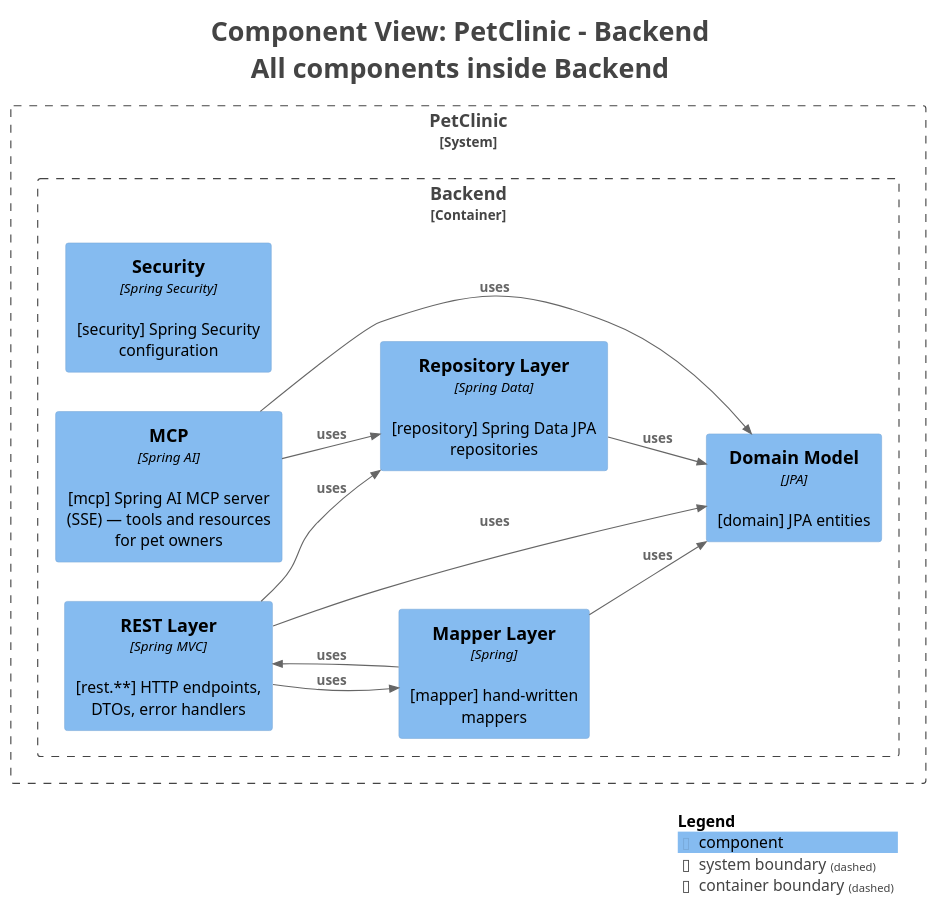
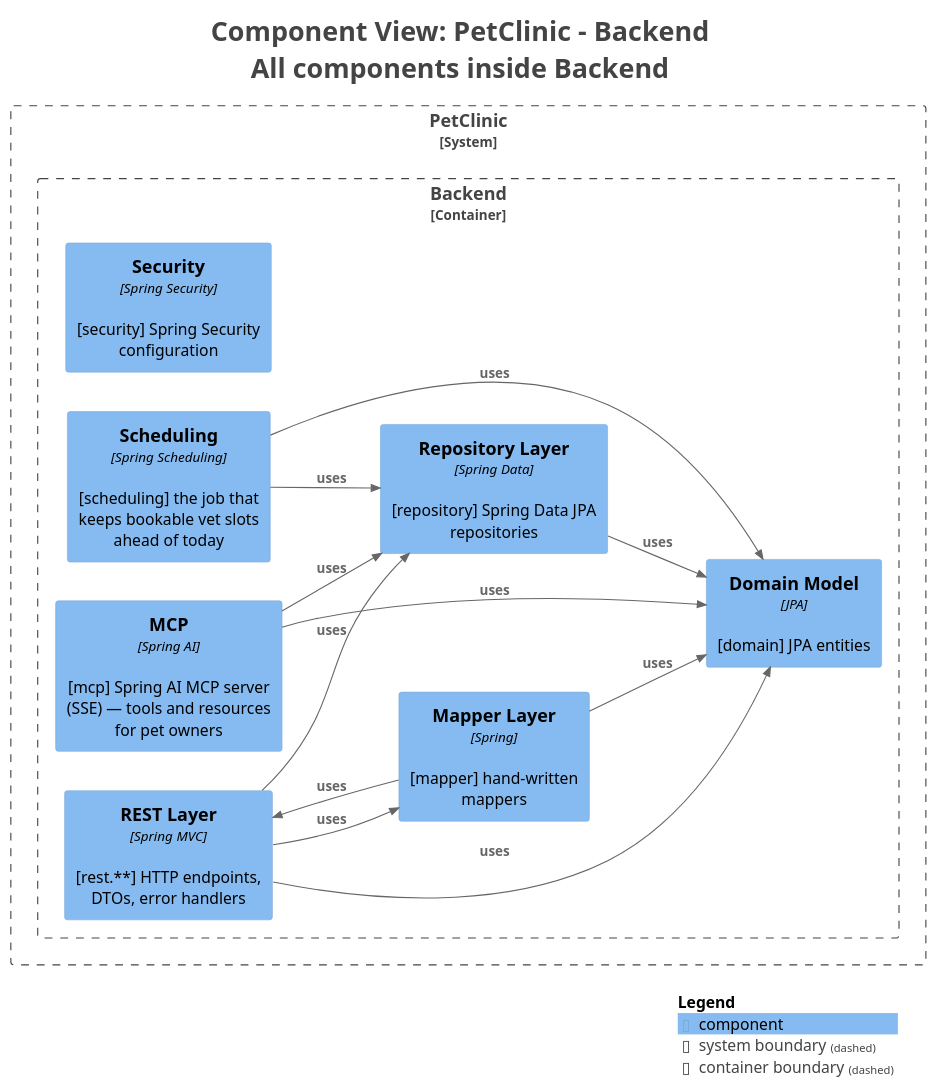
One commit to victorrentea/petclinic changed the diagram in petclinic-backend/docs/generated/c4views/C3-Components-All.puml. Above: the diagram before and after it, drawn with PlantUML. The commit also changed 46 other files, not shown here.

First line of the commit message:
feat(scheduling): book a vet appointment into a free time slot

```diff
--- a/petclinic-backend/docs/generated/c4views/C3-Components-All.puml
+++ b/petclinic-backend/docs/generated/c4views/C3-Components-All.puml
@@ -1,41 +1,44 @@
 @startuml
 title <size:24>Component View: PetClinic - Backend</size>\n<size:24>All components inside Backend</size>
 
 set separator none
 left to right direction
 
 <style>
   root {
     BackgroundColor: #ffffff
     FontColor: #444444
   }
 </style>
 
 !include <C4/C4>
 !include <C4/C4_Context>
 !include <C4/C4_Component>
 
 System_Boundary("PetClinic_boundary", "PetClinic", $tags="") {
   Container_Boundary("PetClinic.Backend_boundary", "Backend", $tags="") {
     Component(PetClinic.Backend.Security, "Security", $techn="Spring Security", $descr="[security] Spring Security configuration", $tags="", $link="")
+    Component(PetClinic.Backend.Scheduling, "Scheduling", $techn="Spring Scheduling", $descr="[scheduling] the job that keeps bookable vet slots ahead of today", $tags="", $link="")
     Component(PetClinic.Backend.MCP, "MCP", $techn="Spring AI", $descr="[mcp] Spring AI MCP server (SSE) — tools and resources for pet owners", $tags="", $link="")
     Component(PetClinic.Backend.RESTLayer, "REST Layer", $techn="Spring MVC", $descr="[rest.**] HTTP endpoints, DTOs, error handlers", $tags="", $link="")
     Component(PetClinic.Backend.DomainModel, "Domain Model", $techn="JPA", $descr="[domain] JPA entities", $tags="", $link="")
     Component(PetClinic.Backend.RepositoryLayer, "Repository Layer", $techn="Spring Data", $descr="[repository] Spring Data JPA repositories", $tags="", $link="")
     Component(PetClinic.Backend.MapperLayer, "Mapper Layer", $techn="Spring", $descr="[mapper] hand-written mappers", $tags="", $link="")
   }
 
 }
 
 Rel(PetClinic.Backend.RESTLayer, PetClinic.Backend.MapperLayer, "uses", $techn="", $tags="", $link="")
 Rel(PetClinic.Backend.RESTLayer, PetClinic.Backend.DomainModel, "uses", $techn="", $tags="", $link="")
 Rel(PetClinic.Backend.RESTLayer, PetClinic.Backend.RepositoryLayer, "uses", $techn="", $tags="", $link="")
 Rel(PetClinic.Backend.MapperLayer, PetClinic.Backend.RESTLayer, "uses", $techn="", $tags="", $link="")
 Rel(PetClinic.Backend.MapperLayer, PetClinic.Backend.DomainModel, "uses", $techn="", $tags="", $link="")
 Rel(PetClinic.Backend.RepositoryLayer, PetClinic.Backend.DomainModel, "uses", $techn="", $tags="", $link="")
 Rel(PetClinic.Backend.MCP, PetClinic.Backend.DomainModel, "uses", $techn="", $tags="", $link="")
 Rel(PetClinic.Backend.MCP, PetClinic.Backend.RepositoryLayer, "uses", $techn="", $tags="", $link="")
+Rel(PetClinic.Backend.Scheduling, PetClinic.Backend.DomainModel, "uses", $techn="", $tags="", $link="")
+Rel(PetClinic.Backend.Scheduling, PetClinic.Backend.RepositoryLayer, "uses", $techn="", $tags="", $link="")
 
 SHOW_LEGEND(true)
 hide stereotypes
 @enduml
```
